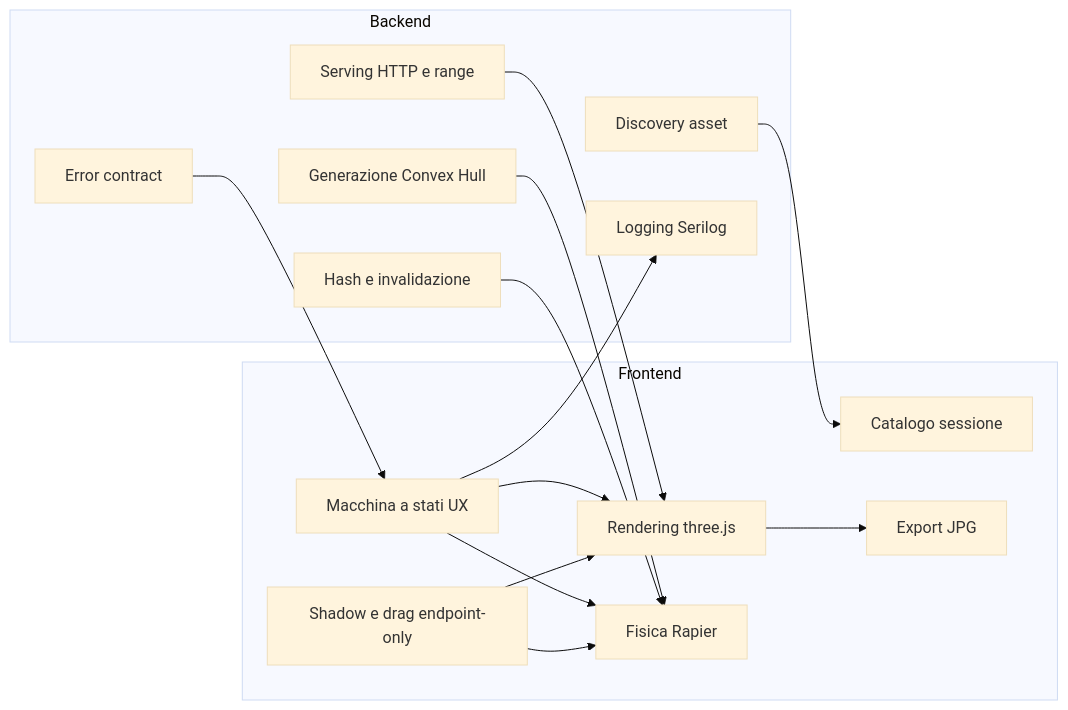
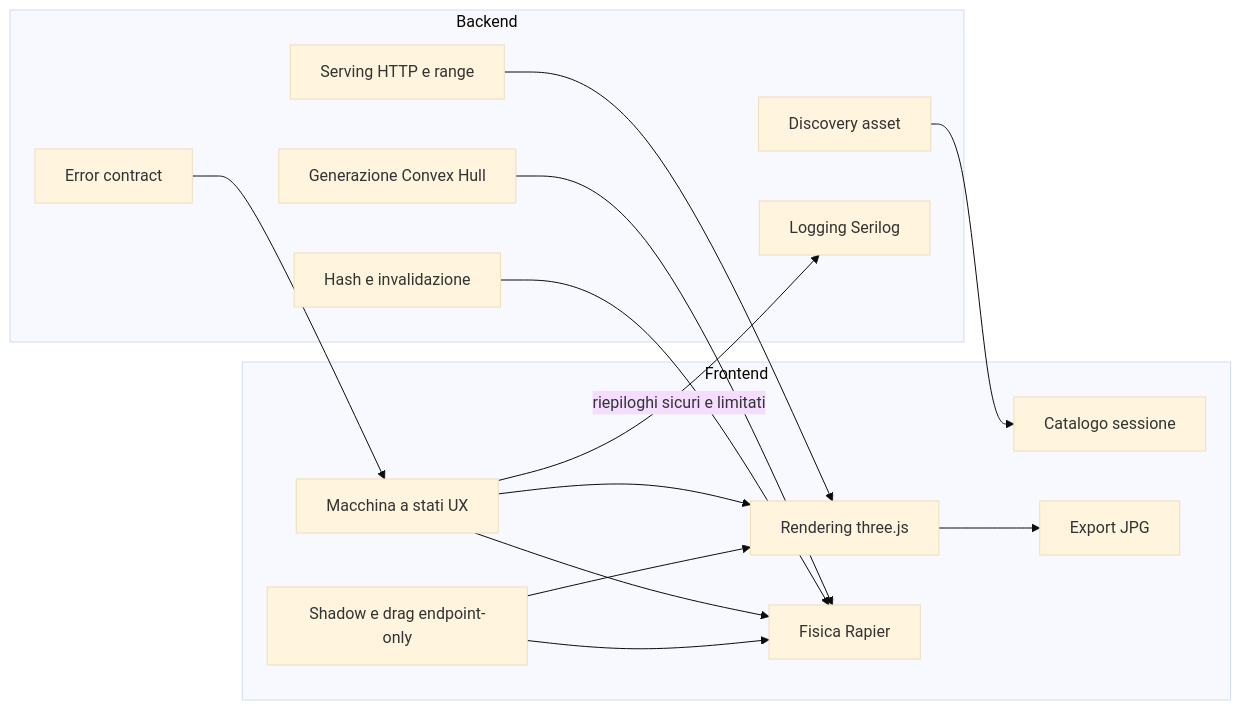
The seventh of 9 diagrams in gpt-5.6-sol/the-route-setter-beta/docs/applicazione.md (filippocurati/DEV.TEST-the-route-setter-beta), drawn with Mermaid (base theme) before and after one commit. The commit also changed other lines of this file and 93 other files, not shown here.

````diff
--- a/gpt-5.6-sol/the-route-setter-beta/docs/applicazione.md
+++ b/gpt-5.6-sol/the-route-setter-beta/docs/applicazione.md
@@ -187,30 +225,30 @@
 ```mermaid
 flowchart LR
   subgraph Backend
     DISC[Discovery asset]
     SERVE[Serving HTTP e range]
     HULL[Generazione Convex Hull]
     HASH[Hash e invalidazione]
     ERR[Error contract]
     LOG[Logging Serilog]
   end
   subgraph Frontend
     CATALOG[Catalogo sessione]
     THREE[Rendering three.js]
     RAPIER[Fisica Rapier]
     UX[Macchina a stati UX]
     PREVIEW[Shadow e drag endpoint-only]
     IMAGE[Export JPG]
   end
   DISC --> CATALOG
   SERVE --> THREE
   HULL --> RAPIER
   HASH --> RAPIER
   UX --> THREE
   UX --> RAPIER
   PREVIEW --> THREE
   PREVIEW --> RAPIER
   THREE --> IMAGE
-  UX --> LOG
+   UX -->|riepiloghi sicuri e limitati| LOG
   ERR --> UX
 ```
````
